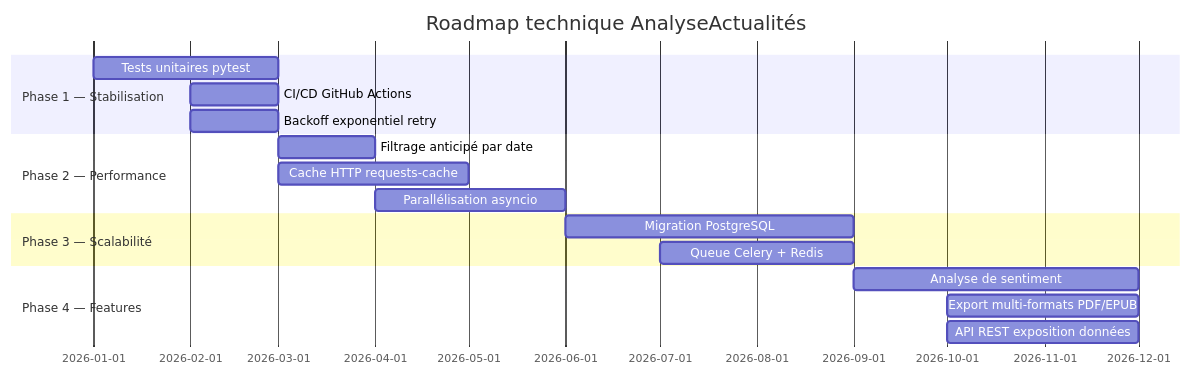
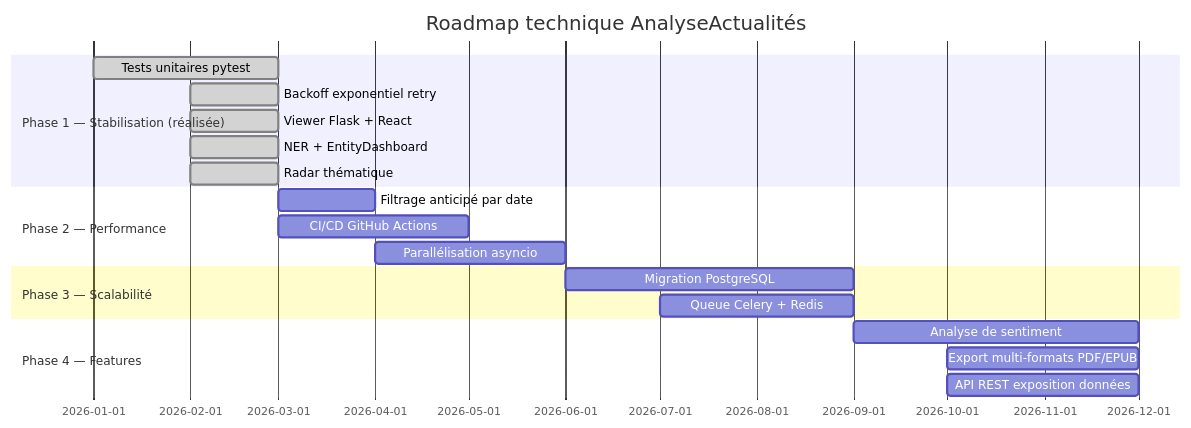
One commit to pat-the-geek/AnalyseActualites changed diagram 11 of 11 in docs/ARCHITECTURE.md. Above: the diagram before and after it, drawn with Mermaid. The commit also changed other lines of this file, not shown here.

First line of the commit message:
docs: mise à jour ARCHITECTURE.md v4.0 (mars 2026)

````diff
--- a/docs/ARCHITECTURE.md
+++ b/docs/ARCHITECTURE.md
@@ -526,20 +881,22 @@
 ```mermaid
 gantt
     title Roadmap technique AnalyseActualités
     dateFormat  YYYY-MM
-    section Phase 1 — Stabilisation
-    Tests unitaires pytest           :2026-01, 2026-03
-    CI/CD GitHub Actions             :2026-02, 2026-03
-    Backoff exponentiel retry        :2026-02, 2026-03
+    section Phase 1 — Stabilisation (réalisée)
+    Tests unitaires pytest           :done, 2026-01, 2026-03
+    Backoff exponentiel retry        :done, 2026-02, 2026-03
+    Viewer Flask + React             :done, 2026-02, 2026-03
+    NER + EntityDashboard            :done, 2026-02, 2026-03
+    Radar thématique                 :done, 2026-02, 2026-03
     section Phase 2 — Performance
     Filtrage anticipé par date       :2026-03, 2026-04
-    Cache HTTP requests-cache        :2026-03, 2026-05
+    CI/CD GitHub Actions             :2026-03, 2026-05
     Parallélisation asyncio          :2026-04, 2026-06
     section Phase 3 — Scalabilité
     Migration PostgreSQL              :2026-06, 2026-09
     Queue Celery + Redis              :2026-07, 2026-09
     section Phase 4 — Features
     Analyse de sentiment              :2026-09, 2026-12
     Export multi-formats PDF/EPUB     :2026-10, 2026-12
     API REST exposition données       :2026-10, 2026-12
 ```
````
